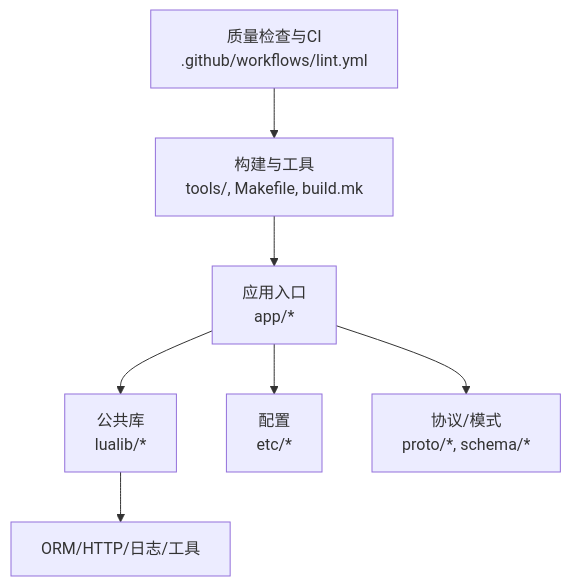
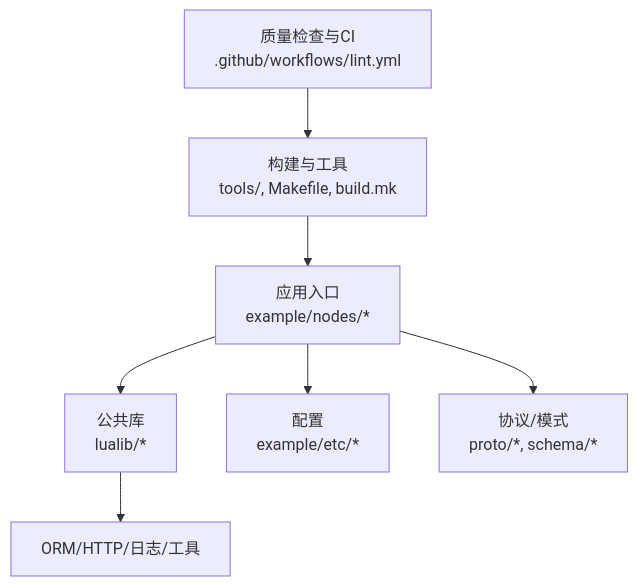
Before and after one commit to hanxi/skyext: the first of 6 diagrams in docs/repowiki/zh/content/最佳实践/代码质量.md, drawn with Mermaid. The commit also changed other lines of this file and 117 other files, not shown here.

````diff
--- a/docs/repowiki/zh/content/最佳实践/代码质量.md
+++ b/docs/repowiki/zh/content/最佳实践/代码质量.md
@@ -45,9 +45,9 @@
 ```mermaid
 graph TB
-A["应用入口<br/>app/*"] --> B["公共库<br/>lualib/*"]
+A["应用入口<br/>example/nodes/*"] --> B["公共库<br/>lualib/*"]
 B --> C["ORM/HTTP/日志/工具"]
-A --> D["配置<br/>etc/*"]
+A --> D["配置<br/>example/etc/*"]
 A --> E["协议/模式<br/>proto/*, schema/*"]
 F["构建与工具<br/>tools/, Makefile, build.mk"] --> A
 G["质量检查与CI<br/>.github/workflows/lint.yml"] --> F
 ```
````
